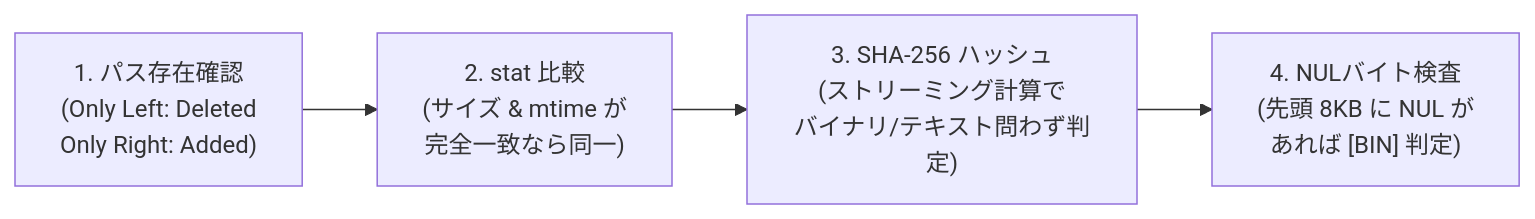
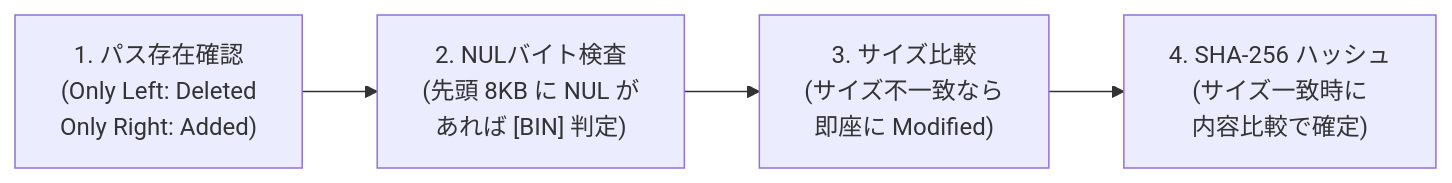
One commit to zonuko/diffrex changed the second of 3 diagrams in docs/UiArchitectureAndTechnicalDetails.md. Above: the diagram before and after it, drawn with Mermaid. The commit also changed 2 other files, not shown here.

````diff
--- a/docs/UiArchitectureAndTechnicalDetails.md
+++ b/docs/UiArchitectureAndTechnicalDetails.md
@@ -56,6 +56,6 @@
 ```mermaid
 flowchart LR
-    A["1. パス存在確認<br/>(Only Left: Deleted<br/>Only Right: Added)"] --> B["2. stat 比較<br/>(サイズ & mtime が<br/>完全一致なら同一)"]
-    B --> C["3. SHA-256 ハッシュ<br/>(ストリーミング計算で<br/>バイナリ/テキスト問わず判定)"]
-    C --> D["4. NULバイト検査<br/>(先頭 8KB に NUL が<br/>あれば [BIN] 判定)"]
+    A["1. パス存在確認<br/>(Only Left: Deleted<br/>Only Right: Added)"] --> B["2. NULバイト検査<br/>(先頭 8KB に NUL が<br/>あれば [BIN] 判定)"]
+    B --> C["3. サイズ比較<br/>(サイズ不一致なら<br/>即座に Modified)"]
+    C --> D["4. SHA-256 ハッシュ<br/>(サイズ一致時に<br/>内容比較で確定)"]
 ```
````
